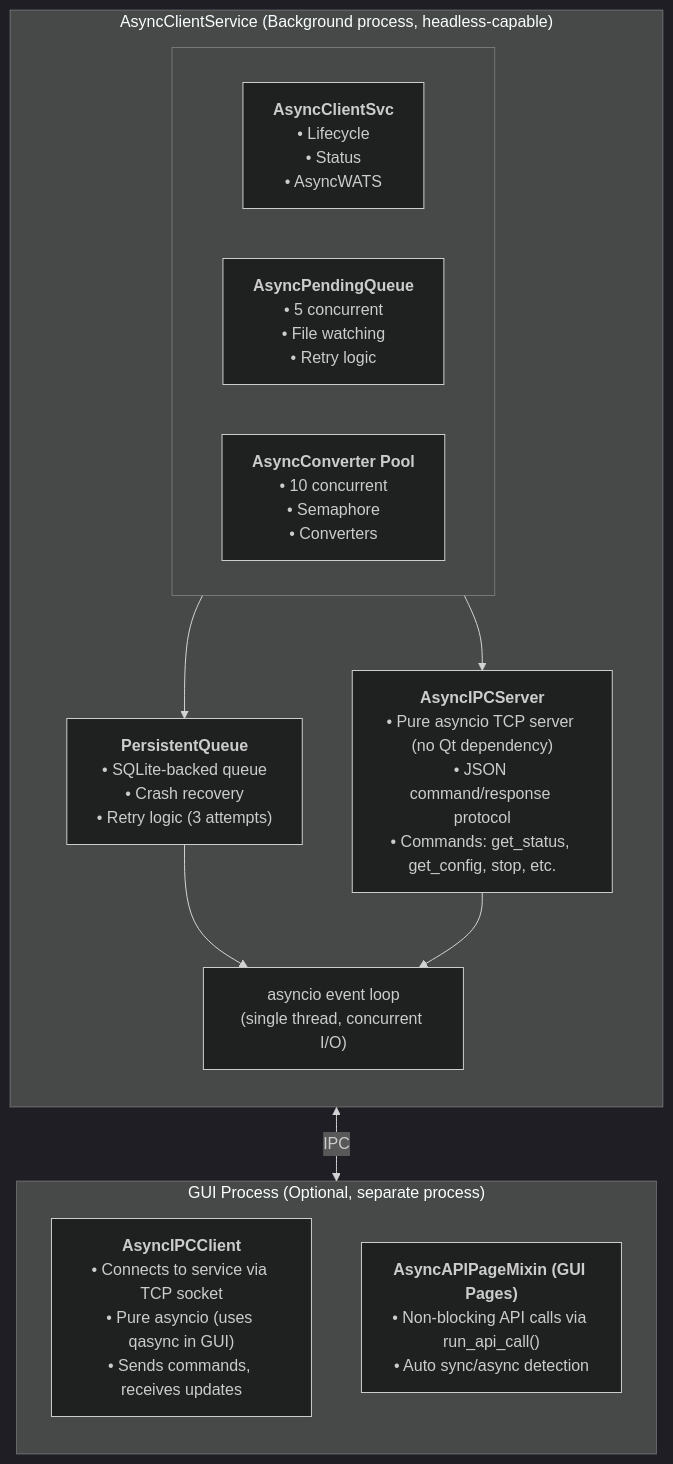
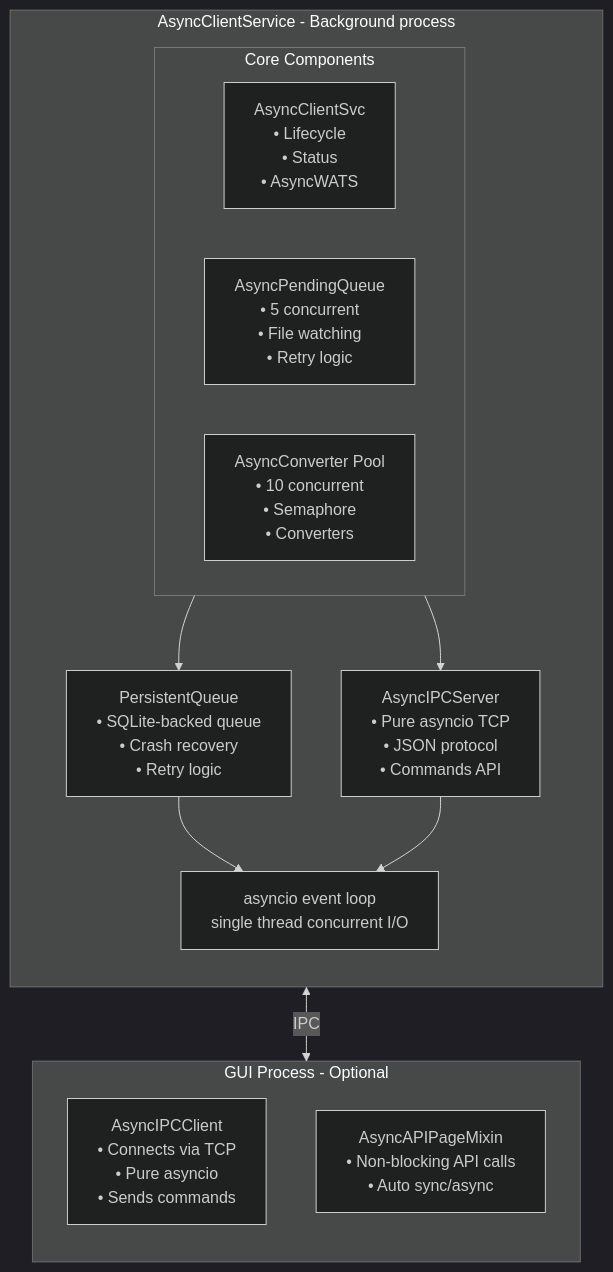
One commit to olreppe/pyWATS changed the third of 3 diagrams in docs/guides/architecture.md. Above: the diagram before and after it, drawn with Mermaid (dark theme). The commit also changed other lines of this file and 3 other files, not shown here.

First line of the commit message:
Fix Mermaid syntax - remove HTML tags for better compatibility

````diff
--- a/docs/guides/architecture.md
+++ b/docs/guides/architecture.md
@@ -278,32 +303,56 @@
 ```mermaid
 flowchart TB
-    subgraph ServiceProcess["AsyncClientService (Background process, headless-capable)"]
+    subgraph ServiceProcess["AsyncClientService - Background process"]
         direction TB
         
-        subgraph CoreComponents[" "]
+        subgraph CoreComponents["Core Components"]
             direction LR
-            AsyncClientSvc["<b>AsyncClientSvc</b><br/>• Lifecycle<br/>• Status<br/>• AsyncWATS"]
-            AsyncPendingQueue["<b>AsyncPendingQueue</b><br/>• 5 concurrent<br/>• File watching<br/>• Retry logic"]
-            AsyncConverterPool["<b>AsyncConverter Pool</b><br/>• 10 concurrent<br/>• Semaphore<br/>• Converters"]
+            AsyncClientSvc["AsyncClientSvc
+            • Lifecycle
+            • Status
+            • AsyncWATS"]
+            
+            AsyncPendingQueue["AsyncPendingQueue
+            • 5 concurrent
+            • File watching
+            • Retry logic"]
+            
+            AsyncConverterPool["AsyncConverter Pool
+            • 10 concurrent
+            • Semaphore
+            • Converters"]
         end
         
-        PersistentQueue["<b>PersistentQueue</b><br/>• SQLite-backed queue<br/>• Crash recovery<br/>• Retry logic (3 attempts)"]
+        PersistentQueue["PersistentQueue
+        • SQLite-backed queue
+        • Crash recovery
+        • Retry logic"]
         
-        AsyncIPCServer["<b>AsyncIPCServer</b><br/>• Pure asyncio TCP server (no Qt dependency)<br/>• JSON command/response protocol<br/>• Commands: get_status, get_config, stop, etc."]
+        AsyncIPCServer["AsyncIPCServer
+        • Pure asyncio TCP
+        • JSON protocol
+        • Commands API"]
         
-        EventLoop["asyncio event loop<br/>(single thread, concurrent I/O)"]
+        EventLoop["asyncio event loop
+        single thread concurrent I/O"]
         
         CoreComponents --> PersistentQueue
         CoreComponents --> AsyncIPCServer
         PersistentQueue --> EventLoop
         AsyncIPCServer --> EventLoop
     end
     
-    subgraph GUIProcess["GUI Process (Optional, separate process)"]
+    subgraph GUIProcess["GUI Process - Optional"]
         direction TB
-        AsyncIPCClient["<b>AsyncIPCClient</b><br/>• Connects to service via TCP socket<br/>• Pure asyncio (uses qasync in GUI)<br/>• Sends commands, receives updates"]
-        AsyncAPIPageMixin["<b>AsyncAPIPageMixin (GUI Pages)</b><br/>• Non-blocking API calls via run_api_call()<br/>• Auto sync/async detection"]
+        AsyncIPCClient["AsyncIPCClient
+        • Connects via TCP
+        • Pure asyncio
+        • Sends commands"]
+        
+        AsyncAPIPageMixin["AsyncAPIPageMixin
+        • Non-blocking API calls
+        • Auto sync/async"]
     end
     
     ServiceProcess <-->|IPC| GUIProcess
 ```
````
